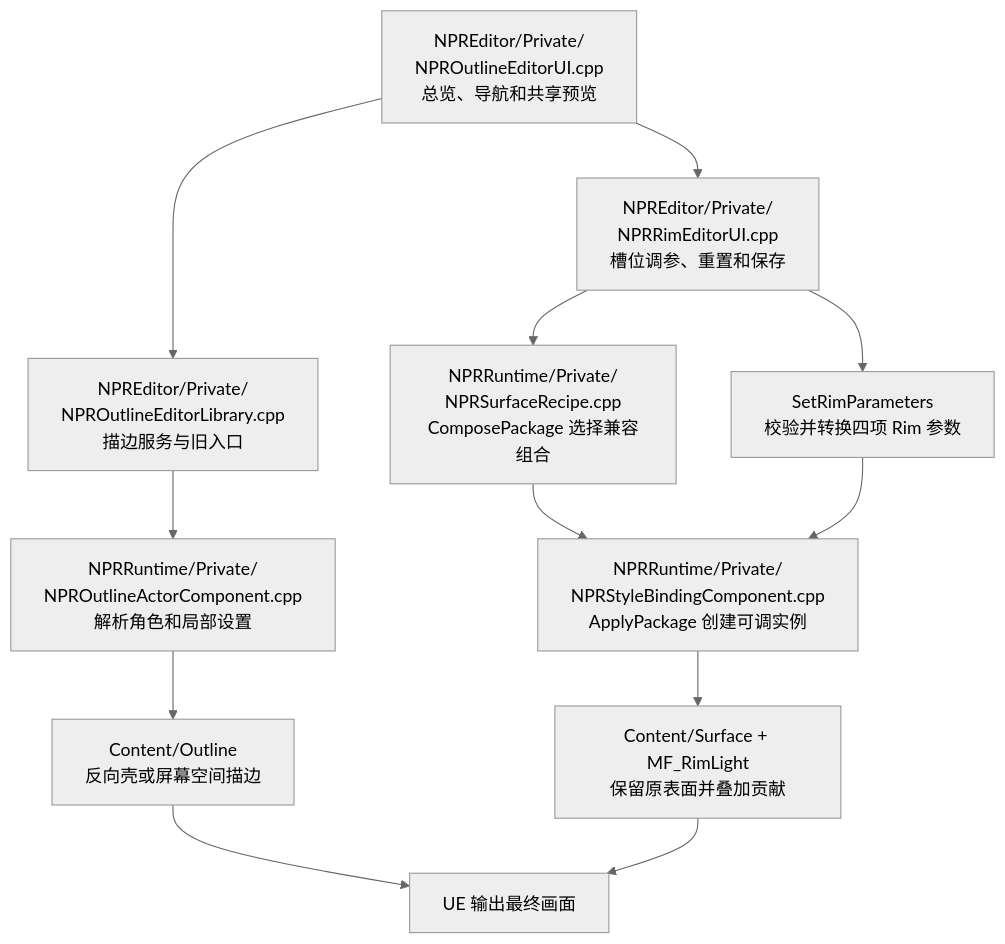
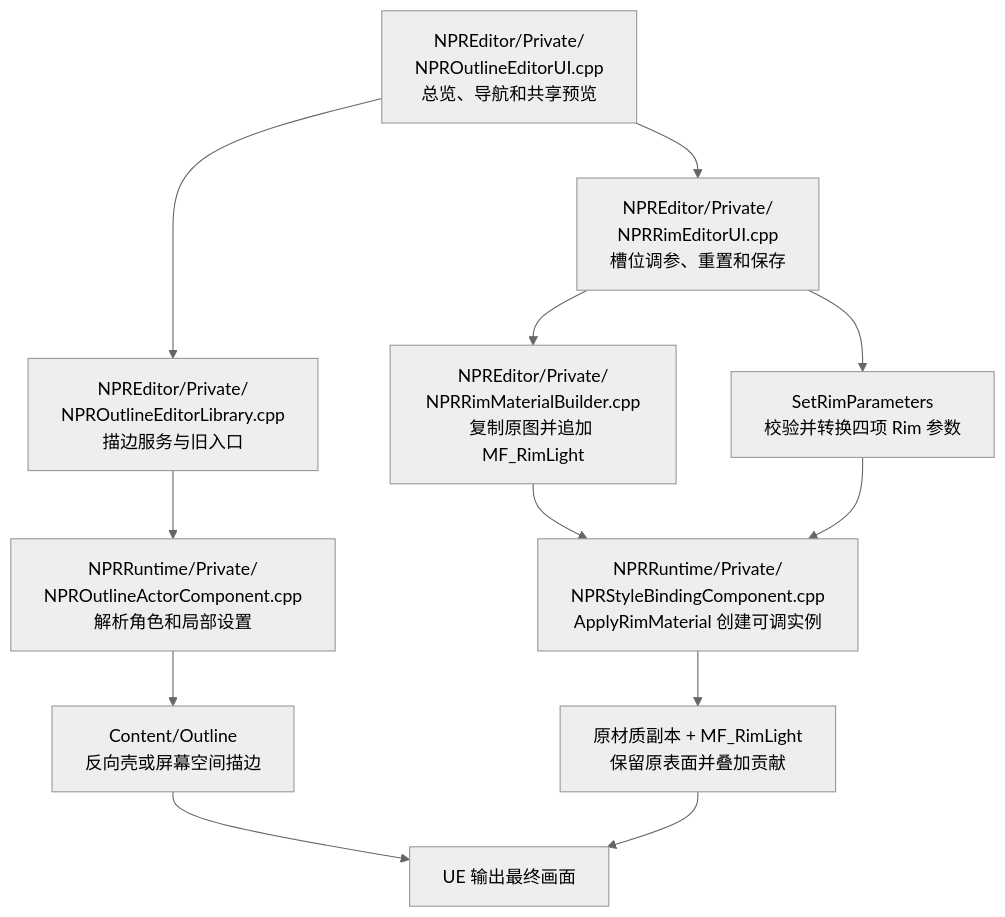
Before and after one commit to AsuBTTS/PrincipledNPR: the diagram in Documentation/项目架构设计.md, drawn with Mermaid (neutral theme). The commit also changed other lines of this file and 56 other files, not shown here.

````diff
--- a/Documentation/项目架构设计.md
+++ b/Documentation/项目架构设计.md
@@ -76,14 +76,14 @@
 ```mermaid
 flowchart TD
     A["NPREditor/Private/<br/>NPROutlineEditorUI.cpp<br/>总览、导航和共享预览"] --> B["NPREditor/Private/<br/>NPROutlineEditorLibrary.cpp<br/>描边服务与旧入口"]
     B --> C["NPRRuntime/Private/<br/>NPROutlineActorComponent.cpp<br/>解析角色和局部设置"]
     C --> D["Content/Outline<br/>反向壳或屏幕空间描边"]
     A --> R["NPREditor/Private/<br/>NPRRimEditorUI.cpp<br/>槽位调参、重置和保存"]
-    R --> E["NPRRuntime/Private/<br/>NPRSurfaceRecipe.cpp<br/>ComposePackage 选择兼容组合"]
-    E --> F["NPRRuntime/Private/<br/>NPRStyleBindingComponent.cpp<br/>ApplyPackage 创建可调实例"]
-    F --> G["Content/Surface + MF_RimLight<br/>保留原表面并叠加贡献"]
+    R --> E["NPREditor/Private/<br/>NPRRimMaterialBuilder.cpp<br/>复制原图并追加 MF_RimLight"]
+    E --> F["NPRRuntime/Private/<br/>NPRStyleBindingComponent.cpp<br/>ApplyRimMaterial 创建可调实例"]
+    F --> G["原材质副本 + MF_RimLight<br/>保留原表面并叠加贡献"]
     R --> H["SetRimParameters<br/>校验并转换四项 Rim 参数"]
     H --> F
     D --> I["UE 输出最终画面"]
     G --> I
 ```
````
